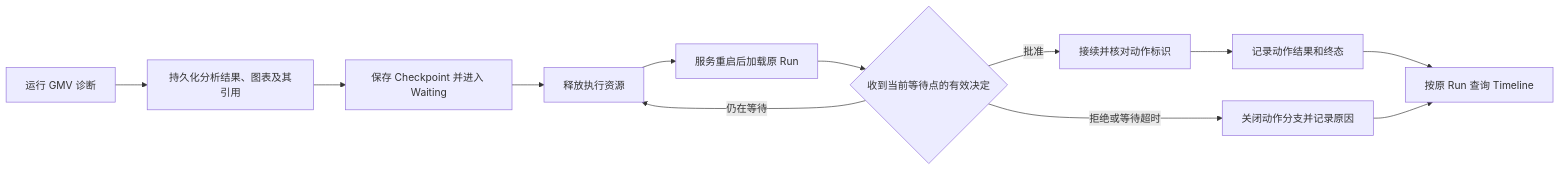
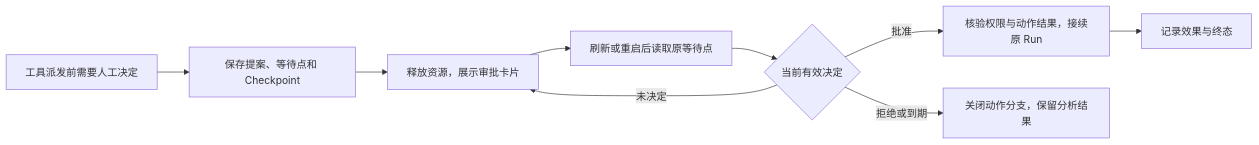
One commit to RuiLu007/compass changed the second of 2 diagrams in mai-specs/985-lesson-19-durable-runtime-hitl/spec/PRD.md. Above: the diagram before and after it, drawn with Mermaid. The commit also changed other lines of this file and 607 other files, not shown here.

````diff
--- a/mai-specs/985-lesson-19-durable-runtime-hitl/spec/PRD.md
+++ b/mai-specs/985-lesson-19-durable-runtime-hitl/spec/PRD.md
@@ -32,14 +56,11 @@
 ```mermaid
 flowchart LR
-    A["运行 GMV 诊断"] --> B["持久化分析结果、图表及其引用"]
-    B --> C["保存 Checkpoint 并进入 Waiting"]
-    C --> D["释放执行资源"]
-    D --> E["服务重启后加载原 Run"]
-    E --> F{"收到当前等待点的有效决定"}
-    F -->|批准| G["接续并核对动作标识"]
-    G --> H["记录动作结果和终态"]
-    F -->|拒绝或等待超时| I["关闭动作分支并记录原因"]
-    F -->|仍在等待| D
-    H --> J["按原 Run 查询 Timeline"]
-    I --> J
+    A["工具派发前需要人工决定"] --> B["保存提案、等待点和 Checkpoint"]
+    B --> C["释放资源，展示审批卡片"]
+    C --> D["刷新或重启后读取原等待点"]
+    D --> E{"当前有效决定"}
+    E -->|批准| F["核验权限与动作结果，接续原 Run"]
+    E -->|拒绝或到期| G["关闭动作分支，保留分析结果"]
+    E -->|未决定| C
+    F --> H["记录效果与终态"]
 ```
````
